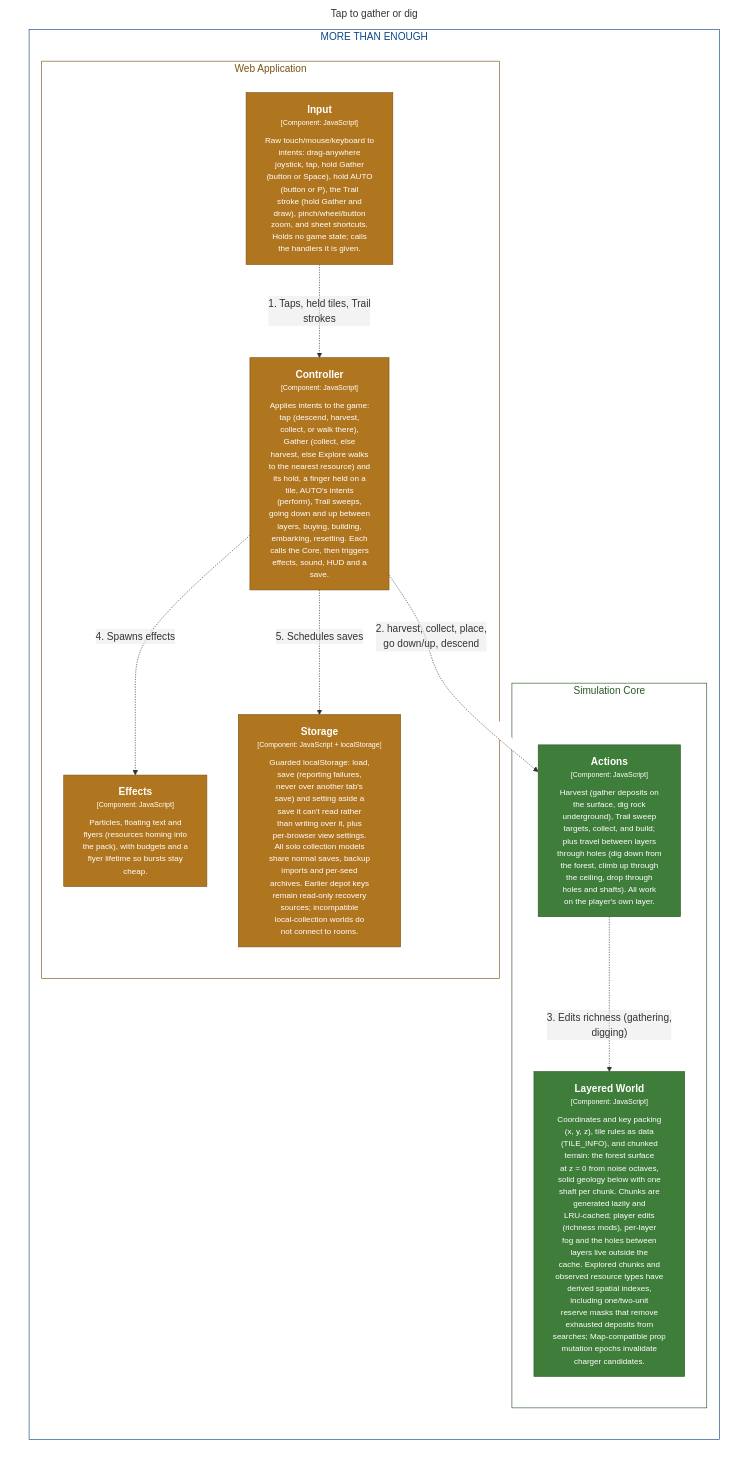
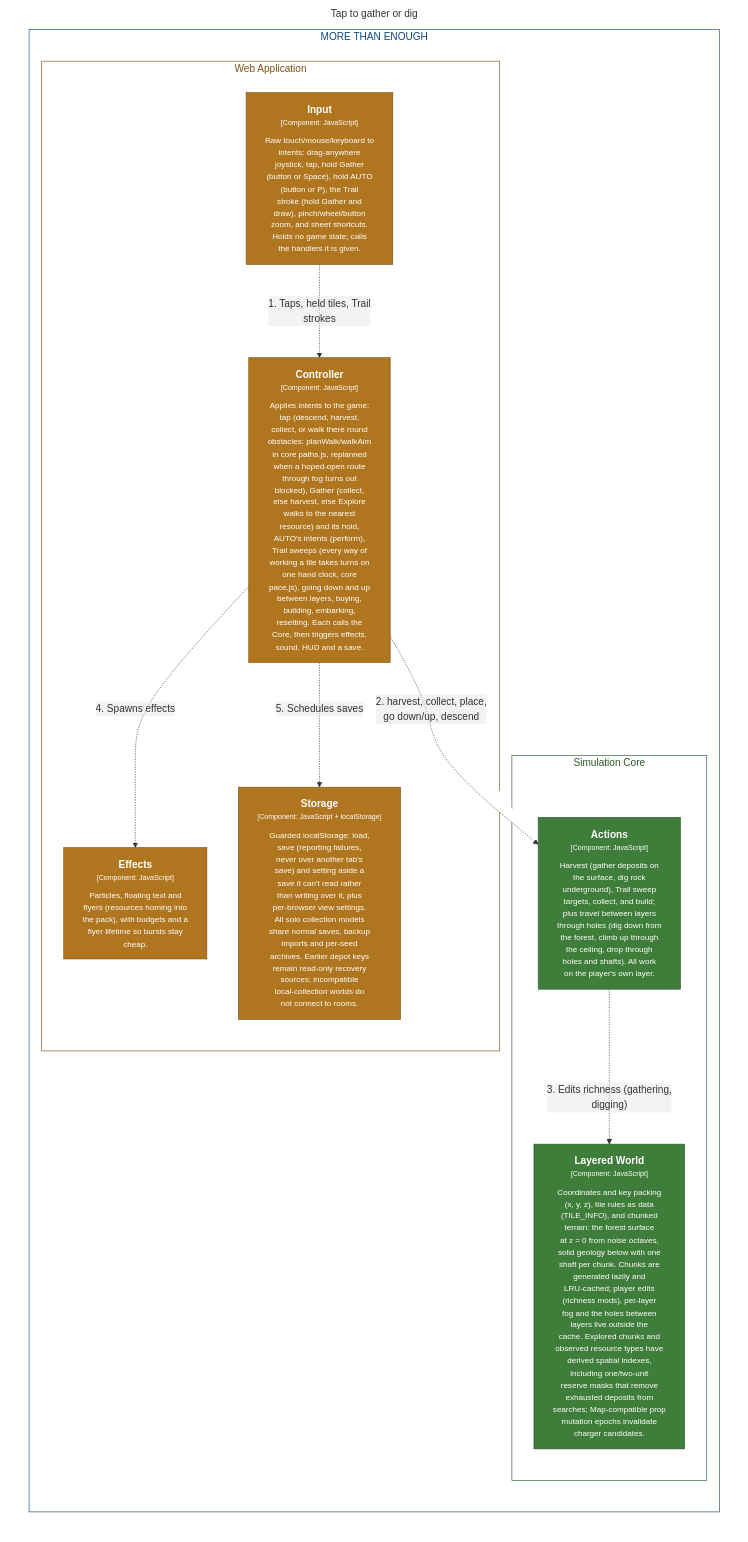
The diagram in structurizr/diagrams/CollectFlow.mmd (bitkojine/more-than-enough), drawn with Mermaid before and after one commit. The commit also changed 26 other files, not shown here.

```diff
--- a/structurizr/diagrams/CollectFlow.mmd
+++ b/structurizr/diagrams/CollectFlow.mmd
@@ -1,41 +1,41 @@
 %% Generated from structurizr/workspace.dsl — do not edit; run: node structurizr/scripts/structurizr.mjs mermaid
 graph LR
   linkStyle default fill:#ffffff
 
   subgraph diagram ["Tap to gather or dig"]
     style diagram fill:#ffffff,stroke:#ffffff
 
     subgraph 3 ["MORE THAN ENOUGH"]
       style 3 fill:#ffffff,stroke:#0b4884,color:#0b4884
 
-      subgraph 23 ["Simulation Core"]
-        style 23 fill:#ffffff,stroke:#2c5728,color:#2c5728
+      subgraph 24 ["Simulation Core"]
+        style 24 fill:#ffffff,stroke:#2c5728,color:#2c5728
 
-        25["<div style='font-weight: bold'>Layered World</div><div style='font-size: 70%; margin-top: 0px'>[Component: JavaScript]</div><div style='font-size: 80%; margin-top:10px'>Coordinates and key packing<br />(x, y, z), tile rules as data<br />(TILE_INFO), and chunked<br />terrain: the forest surface<br />at z = 0 from noise octaves,<br />solid geology below with one<br />shaft per chunk. Chunks are<br />generated lazily and<br />LRU-cached; player edits<br />(richness mods), per-layer<br />fog and the holes between<br />layers live outside the<br />cache. Explored chunks and<br />observed resource types have<br />derived spatial indexes,<br />including one/two-unit<br />reserve masks that remove<br />exhausted deposits from<br />searches; Map-compatible prop<br />mutation epochs invalidate<br />charger candidates.</div>"]
-        style 25 fill:#3f7d3a,stroke:#2c5728,color:#ffffff
-        28["<div style='font-weight: bold'>Actions</div><div style='font-size: 70%; margin-top: 0px'>[Component: JavaScript]</div><div style='font-size: 80%; margin-top:10px'>Harvest (gather deposits on<br />the surface, dig rock<br />underground), Trail sweep<br />targets, collect, and build;<br />plus travel between layers<br />through holes (dig down from<br />the forest, climb up through<br />the ceiling, drop through<br />holes and shafts). All work<br />on the player's own layer.</div>"]
-        style 28 fill:#3f7d3a,stroke:#2c5728,color:#ffffff
+        26["<div style='font-weight: bold'>Layered World</div><div style='font-size: 70%; margin-top: 0px'>[Component: JavaScript]</div><div style='font-size: 80%; margin-top:10px'>Coordinates and key packing<br />(x, y, z), tile rules as data<br />(TILE_INFO), and chunked<br />terrain: the forest surface<br />at z = 0 from noise octaves,<br />solid geology below with one<br />shaft per chunk. Chunks are<br />generated lazily and<br />LRU-cached; player edits<br />(richness mods), per-layer<br />fog and the holes between<br />layers live outside the<br />cache. Explored chunks and<br />observed resource types have<br />derived spatial indexes,<br />including one/two-unit<br />reserve masks that remove<br />exhausted deposits from<br />searches; Map-compatible prop<br />mutation epochs invalidate<br />charger candidates.</div>"]
+        style 26 fill:#3f7d3a,stroke:#2c5728,color:#ffffff
+        29["<div style='font-weight: bold'>Actions</div><div style='font-size: 70%; margin-top: 0px'>[Component: JavaScript]</div><div style='font-size: 80%; margin-top:10px'>Harvest (gather deposits on<br />the surface, dig rock<br />underground), Trail sweep<br />targets, collect, and build;<br />plus travel between layers<br />through holes (dig down from<br />the forest, climb up through<br />the ceiling, drop through<br />holes and shafts). All work<br />on the player's own layer.</div>"]
+        style 29 fill:#3f7d3a,stroke:#2c5728,color:#ffffff
       end
 
       subgraph 4 ["Web Application"]
         style 4 fill:#ffffff,stroke:#7b5215,color:#7b5215
 
         13["<div style='font-weight: bold'>Effects</div><div style='font-size: 70%; margin-top: 0px'>[Component: JavaScript]</div><div style='font-size: 80%; margin-top:10px'>Particles, floating text and<br />flyers (resources homing into<br />the pack), with budgets and a<br />flyer lifetime so bursts stay<br />cheap.</div>"]
         style 13 fill:#b0761f,stroke:#7b5215,color:#ffffff
         18["<div style='font-weight: bold'>Storage</div><div style='font-size: 70%; margin-top: 0px'>[Component: JavaScript + localStorage]</div><div style='font-size: 80%; margin-top:10px'>Guarded localStorage: load,<br />save (reporting failures,<br />never over another tab's<br />save) and setting aside a<br />save it can't read rather<br />than writing over it, plus<br />per-browser view settings.<br />All solo collection models<br />share normal saves, backup<br />imports and per-seed<br />archives. Earlier depot keys<br />remain read-only recovery<br />sources; incompatible<br />local-collection worlds do<br />not connect to rooms.</div>"]
         style 18 fill:#b0761f,stroke:#7b5215,color:#ffffff
         8["<div style='font-weight: bold'>Input</div><div style='font-size: 70%; margin-top: 0px'>[Component: JavaScript]</div><div style='font-size: 80%; margin-top:10px'>Raw touch/mouse/keyboard to<br />intents: drag-anywhere<br />joystick, tap, hold Gather<br />(button or Space), hold AUTO<br />(button or P), the Trail<br />stroke (hold Gather and<br />draw), pinch/wheel/button<br />zoom, and sheet shortcuts.<br />Holds no game state; calls<br />the handlers it is given.</div>"]
         style 8 fill:#b0761f,stroke:#7b5215,color:#ffffff
-        9["<div style='font-weight: bold'>Controller</div><div style='font-size: 70%; margin-top: 0px'>[Component: JavaScript]</div><div style='font-size: 80%; margin-top:10px'>Applies intents to the game:<br />tap (descend, harvest,<br />collect, or walk there),<br />Gather (collect, else<br />harvest, else Explore walks<br />to the nearest resource) and<br />its hold, a finger held on a<br />tile, AUTO's intents<br />(perform), Trail sweeps,<br />going down and up between<br />layers, buying, building,<br />embarking, resetting. Each<br />calls the Core, then triggers<br />effects, sound, HUD and a<br />save.</div>"]
+        9["<div style='font-weight: bold'>Controller</div><div style='font-size: 70%; margin-top: 0px'>[Component: JavaScript]</div><div style='font-size: 80%; margin-top:10px'>Applies intents to the game:<br />tap (descend, harvest,<br />collect, or walk there round<br />obstacles: planWalk/walkAim<br />in core paths.js, replanned<br />when a hoped-open route<br />through fog turns out<br />blocked), Gather (collect,<br />else harvest, else Explore<br />walks to the nearest<br />resource) and its hold,<br />AUTO's intents (perform),<br />Trail sweeps (every way of<br />working a tile takes turns on<br />one hand clock, core<br />pace.js), going down and up<br />between layers, buying,<br />building, embarking,<br />resetting. Each calls the<br />Core, then triggers effects,<br />sound, HUD and a save.</div>"]
         style 9 fill:#b0761f,stroke:#7b5215,color:#ffffff
       end
 
     end
 
     8-. "<div>1. Taps, held tiles, Trail<br />strokes</div><div style='font-size: 70%'></div>" .->9
-    9-. "<div>2. harvest, collect, place,<br />go down/up, descend</div><div style='font-size: 70%'></div>" .->28
-    28-. "<div>3. Edits richness (gathering,<br />digging)</div><div style='font-size: 70%'></div>" .->25
+    9-. "<div>2. harvest, collect, place,<br />go down/up, descend</div><div style='font-size: 70%'></div>" .->29
+    29-. "<div>3. Edits richness (gathering,<br />digging)</div><div style='font-size: 70%'></div>" .->26
     9-. "<div>4. Spawns effects</div><div style='font-size: 70%'></div>" .->13
     9-. "<div>5. Schedules saves</div><div style='font-size: 70%'></div>" .->18
 
   end
```
